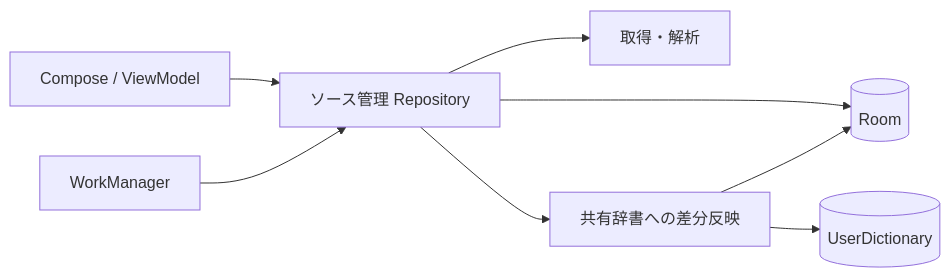
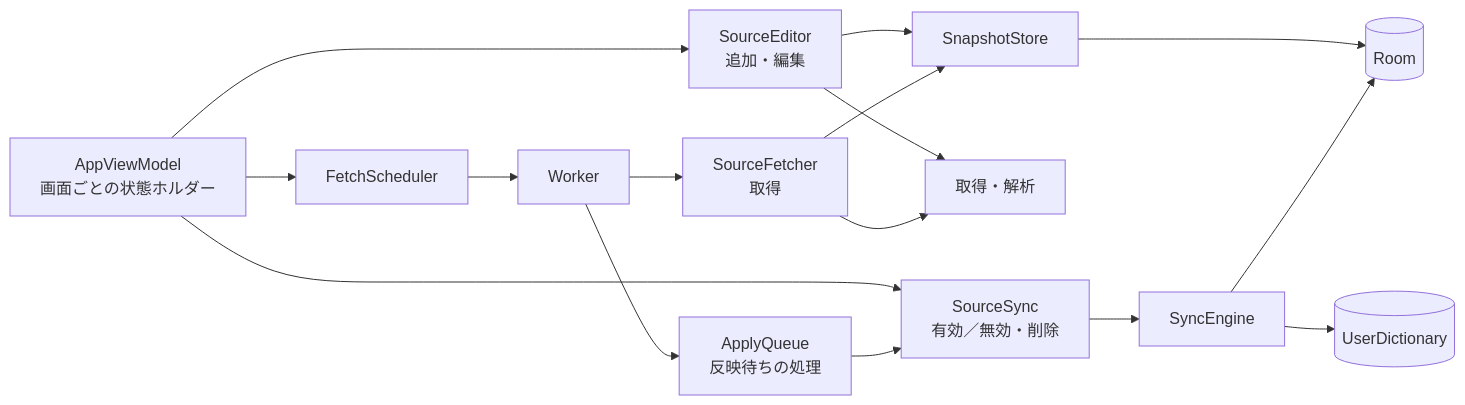
One commit to Midra429/DictionarySync changed the diagram in docs/04-architecture.md. Above: the diagram before and after it, drawn with Mermaid. The commit also changed other lines of this file and 73 other files, not shown here.

````diff
--- a/docs/04-architecture.md
+++ b/docs/04-architecture.md
@@ -7,10 +7,18 @@
 ```mermaid
 flowchart LR
-  UI[Compose / ViewModel] --> REPO[ソース管理 Repository]
-  WM[WorkManager] --> REPO
-  REPO --> DL[取得・解析]
-  REPO --> DB[(Room)]
-  REPO --> SYNC[共有辞書への差分反映]
-  SYNC --> DB
-  SYNC --> PR[(UserDictionary)]
+  UI[AppViewModel<br/>画面ごとの状態ホルダー] --> ED[SourceEditor<br/>追加・編集]
+  UI --> SS[SourceSync<br/>有効／無効・削除]
+  UI --> SCH[FetchScheduler]
+  WM[Worker] --> FE[SourceFetcher<br/>取得]
+  WM --> AQ[ApplyQueue<br/>反映待ちの処理]
+  SCH --> WM
+  ED --> DL[取得・解析]
+  FE --> DL
+  ED --> SN[SnapshotStore]
+  FE --> SN
+  AQ --> SS
+  SS --> ENG[SyncEngine]
+  SN --> DB[(Room)]
+  ENG --> DB
+  ENG --> PR[(UserDictionary)]
 ```
````
